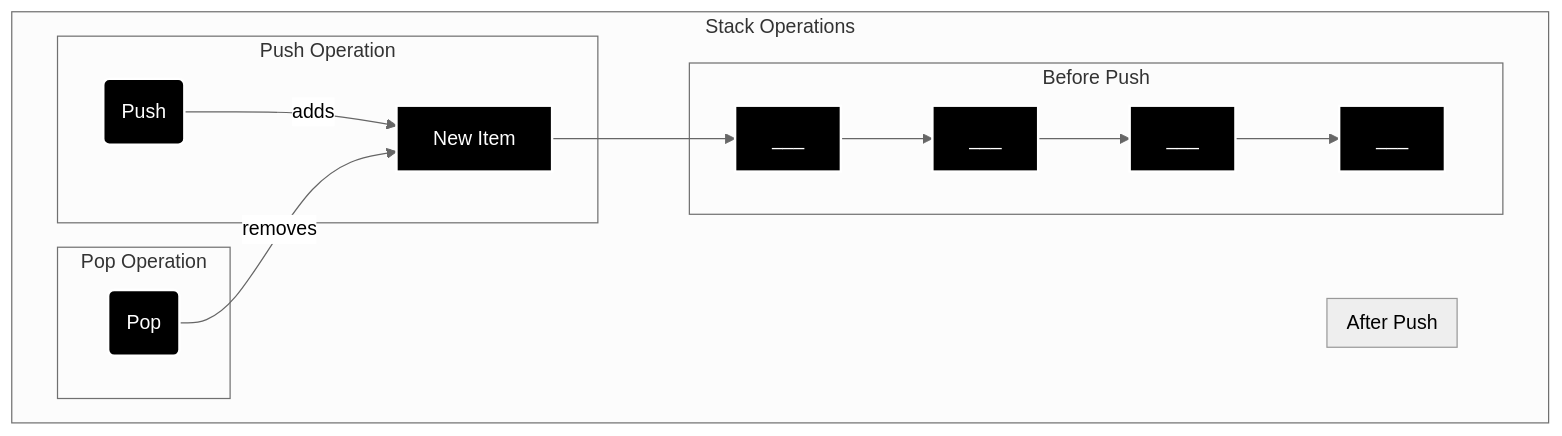
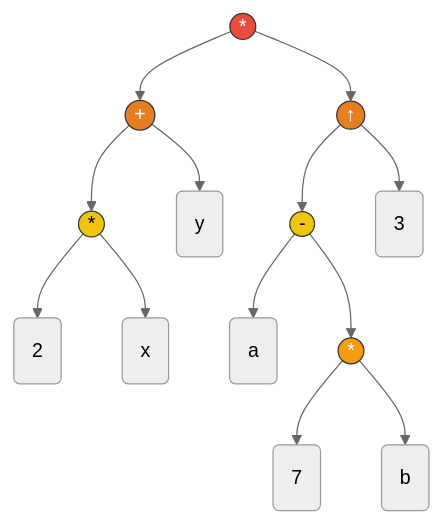
Before and after one commit to M-F-Tushar/CSE-2101-Data-Structure: the fifth of 17 diagrams in Chapter 1 - Introduction and Overview /README.md, drawn with Mermaid (neutral theme). The commit also changed other lines of this file, not shown here.

````diff
--- a/Chapter 1 - Introduction and Overview /README.md
+++ b/Chapter 1 - Introduction and Overview /README.md
@@ -593,27 +570,38 @@
 ```mermaid
-graph TD;
-    subgraph Stack Operations
-        direction LR
-        subgraph Before Push
-            A[___] --> B[___];
-            B --> C[___];
-            C --> D[___];
-        end
-        subgraph Push Operation
-            E(Push) -- adds --> F[New Item];
-        end
-        subgraph After Push
-            F --> A;
-        end
-        subgraph Pop Operation
-            G(Pop) -- removes --> F;
-        end
-    end
-    style A fill:#000,stroke:#fff,stroke-width:2px,color:#fff
-    style B fill:#000,stroke:#fff,stroke-width:2px,color:#fff
-    style C fill:#000,stroke:#fff,stroke-width:2px,color:#fff
-    style D fill:#000,stroke:#fff,stroke-width:2px,color:#fff
-    style E fill:#000,stroke:#fff,stroke-width:2px,color:#fff
-    style F fill:#000,stroke:#fff,stroke-width:2px,color:#fff
-    style G fill:#000,stroke:#fff,stroke-width:2px,color:#fff
+graph TD
+    Root(( * ))
+    
+    Plus(( + ))
+    Pow(( ↑ ))
+    
+    Root --> Plus
+    Root --> Pow
+    
+    Mul1(( * ))
+    Y( y )
+    Plus --> Mul1
+    Plus --> Y
+    
+    Mul1 --> 2( 2 )
+    Mul1 --> X( x )
+    
+    Minus(( - ))
+    3( 3 )
+    Pow --> Minus
+    Pow --> 3
+    
+    A( a )
+    Mul2(( * ))
+    Minus --> A
+    Minus --> Mul2
+    
+    Mul2 --> 7( 7 )
+    Mul2 --> B( b )
+
+    style Root fill:#e74c3c,stroke:#333,color:#fff
+    style Plus fill:#e67e22,stroke:#333,color:#fff
+    style Pow fill:#e67e22,stroke:#333,color:#fff
+    style Mul1 fill:#f1c40f,stroke:#333,color:#000
+    style Minus fill:#f1c40f,stroke:#333,color:#000
+    style Mul2 fill:#f39c12,stroke:#333,color:#fff
 ```
````
